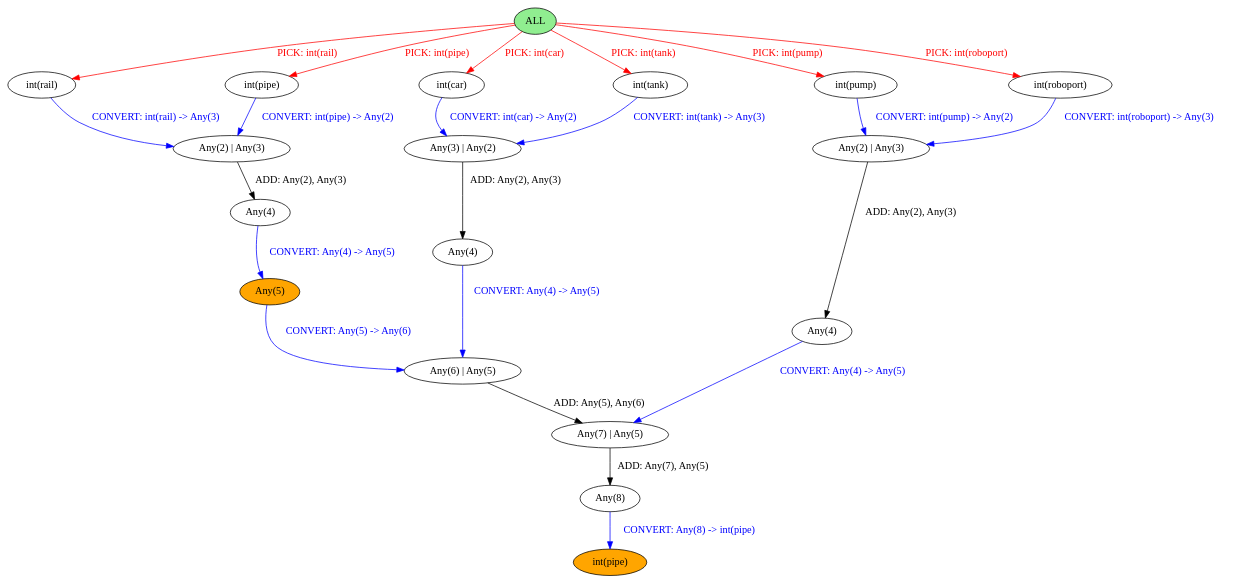
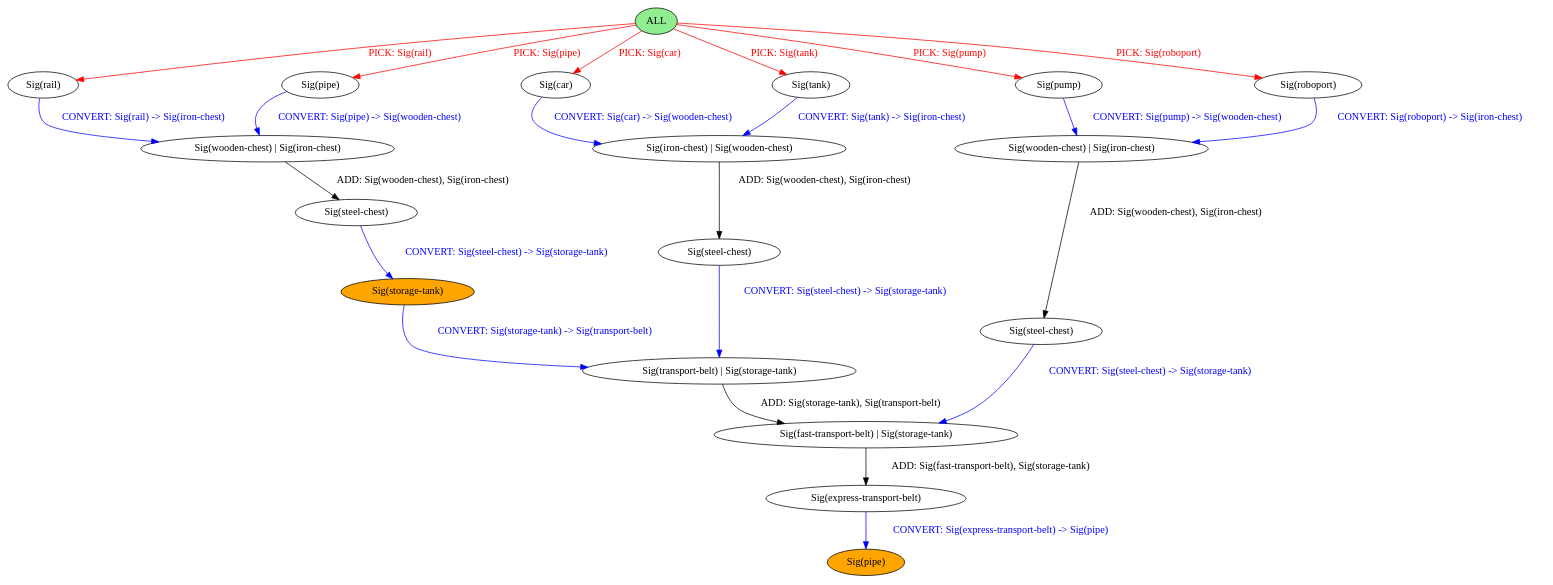
Before and after one commit to BalderHolst/chef: the diagram in chef/example_outputs/multipule_block_copies.dot, drawn with Graphviz. The commit also changed other lines of this file and 15 other files, not shown here.

```diff
--- a/chef/example_outputs/multipule_block_copies.dot
+++ b/chef/example_outputs/multipule_block_copies.dot
@@ -1,43 +1,43 @@
 strict digraph {
 	nodesep=1
-	4	[style=filled fillcolor=white label="Any(3) | Any(2)"]
-	6	[style=filled fillcolor=white label="int(tank)"]
-	33	[style=filled fillcolor=orange label="int(pipe)"]
+	4	[style=filled fillcolor=white label="Sig(iron-chest) | Sig(wooden-chest)"]
+	6	[style=filled fillcolor=white label="Sig(tank)"]
+	33	[style=filled fillcolor=orange label="Sig(pipe)"]
 	0	[style=filled fillcolor=lightgreen label="ALL"]
-	12	[style=filled fillcolor=white label="Any(4)"]
-	14	[style=filled fillcolor=orange label="Any(5)"]
-	20	[style=filled fillcolor=white label="Any(6) | Any(5)"]
-	16	[style=filled fillcolor=white label="int(pipe)"]
-	28	[style=filled fillcolor=white label="int(pump)"]
-	24	[style=filled fillcolor=white label="Any(4)"]
-	7	[style=filled fillcolor=white label="int(car)"]
-	32	[style=filled fillcolor=white label="Any(8)"]
-	3	[style=filled fillcolor=white label="Any(4)"]
-	13	[style=filled fillcolor=white label="Any(2) | Any(3)"]
-	15	[style=filled fillcolor=white label="int(rail)"]
-	31	[style=filled fillcolor=white label="Any(7) | Any(5)"]
-	25	[style=filled fillcolor=white label="Any(2) | Any(3)"]
-	27	[style=filled fillcolor=white label="int(roboport)"]
-	4 -> 3	[label="ADD: Any(2), Any(3)" color=black fontcolor=black]
-	6 -> 4	[label="CONVERT: int(tank) -> Any(3)" color=blue fontcolor=blue]
-	0 -> 6	[label="PICK: int(tank)" color=red fontcolor=red]
-	0 -> 7	[label="PICK: int(car)" color=red fontcolor=red]
-	0 -> 15	[label="PICK: int(rail)" color=red fontcolor=red]
-	0 -> 16	[label="PICK: int(pipe)" color=red fontcolor=red]
-	0 -> 27	[label="PICK: int(roboport)" color=red fontcolor=red]
-	0 -> 28	[label="PICK: int(pump)" color=red fontcolor=red]
-	12 -> 14	[label="CONVERT: Any(4) -> Any(5)" color=blue fontcolor=blue]
-	14 -> 20	[label="CONVERT: Any(5) -> Any(6)" color=blue fontcolor=blue]
-	20 -> 31	[label="ADD: Any(5), Any(6)" color=black fontcolor=black]
-	16 -> 13	[label="CONVERT: int(pipe) -> Any(2)" color=blue fontcolor=blue]
-	28 -> 25	[label="CONVERT: int(pump) -> Any(2)" color=blue fontcolor=blue]
-	24 -> 31	[label="CONVERT: Any(4) -> Any(5)" color=blue fontcolor=blue]
-	7 -> 4	[label="CONVERT: int(car) -> Any(2)" color=blue fontcolor=blue]
-	32 -> 33	[label="CONVERT: Any(8) -> int(pipe)" color=blue fontcolor=blue]
-	3 -> 20	[label="CONVERT: Any(4) -> Any(5)" color=blue fontcolor=blue]
-	13 -> 12	[label="ADD: Any(2), Any(3)" color=black fontcolor=black]
-	15 -> 13	[label="CONVERT: int(rail) -> Any(3)" color=blue fontcolor=blue]
-	31 -> 32	[label="ADD: Any(7), Any(5)" color=black fontcolor=black]
-	25 -> 24	[label="ADD: Any(2), Any(3)" color=black fontcolor=black]
-	27 -> 25	[label="CONVERT: int(roboport) -> Any(3)" color=blue fontcolor=blue]
+	12	[style=filled fillcolor=white label="Sig(steel-chest)"]
+	14	[style=filled fillcolor=orange label="Sig(storage-tank)"]
+	20	[style=filled fillcolor=white label="Sig(transport-belt) | Sig(storage-tank)"]
+	16	[style=filled fillcolor=white label="Sig(pipe)"]
+	28	[style=filled fillcolor=white label="Sig(pump)"]
+	24	[style=filled fillcolor=white label="Sig(steel-chest)"]
+	7	[style=filled fillcolor=white label="Sig(car)"]
+	32	[style=filled fillcolor=white label="Sig(express-transport-belt)"]
+	3	[style=filled fillcolor=white label="Sig(steel-chest)"]
+	13	[style=filled fillcolor=white label="Sig(wooden-chest) | Sig(iron-chest)"]
+	15	[style=filled fillcolor=white label="Sig(rail)"]
+	31	[style=filled fillcolor=white label="Sig(fast-transport-belt) | Sig(storage-tank)"]
+	25	[style=filled fillcolor=white label="Sig(wooden-chest) | Sig(iron-chest)"]
+	27	[style=filled fillcolor=white label="Sig(roboport)"]
+	4 -> 3	[label="ADD: Sig(wooden-chest), Sig(iron-chest)" color=black fontcolor=black]
+	6 -> 4	[label="CONVERT: Sig(tank) -> Sig(iron-chest)" color=blue fontcolor=blue]
+	0 -> 6	[label="PICK: Sig(tank)" color=red fontcolor=red]
+	0 -> 7	[label="PICK: Sig(car)" color=red fontcolor=red]
+	0 -> 15	[label="PICK: Sig(rail)" color=red fontcolor=red]
+	0 -> 16	[label="PICK: Sig(pipe)" color=red fontcolor=red]
+	0 -> 27	[label="PICK: Sig(roboport)" color=red fontcolor=red]
+	0 -> 28	[label="PICK: Sig(pump)" color=red fontcolor=red]
+	12 -> 14	[label="CONVERT: Sig(steel-chest) -> Sig(storage-tank)" color=blue fontcolor=blue]
+	14 -> 20	[label="CONVERT: Sig(storage-tank) -> Sig(transport-belt)" color=blue fontcolor=blue]
+	20 -> 31	[label="ADD: Sig(storage-tank), Sig(transport-belt)" color=black fontcolor=black]
+	16 -> 13	[label="CONVERT: Sig(pipe) -> Sig(wooden-chest)" color=blue fontcolor=blue]
+	28 -> 25	[label="CONVERT: Sig(pump) -> Sig(wooden-chest)" color=blue fontcolor=blue]
+	24 -> 31	[label="CONVERT: Sig(steel-chest) -> Sig(storage-tank)" color=blue fontcolor=blue]
+	7 -> 4	[label="CONVERT: Sig(car) -> Sig(wooden-chest)" color=blue fontcolor=blue]
+	32 -> 33	[label="CONVERT: Sig(express-transport-belt) -> Sig(pipe)" color=blue fontcolor=blue]
+	3 -> 20	[label="CONVERT: Sig(steel-chest) -> Sig(storage-tank)" color=blue fontcolor=blue]
+	13 -> 12	[label="ADD: Sig(wooden-chest), Sig(iron-chest)" color=black fontcolor=black]
+	15 -> 13	[label="CONVERT: Sig(rail) -> Sig(iron-chest)" color=blue fontcolor=blue]
+	31 -> 32	[label="ADD: Sig(fast-transport-belt), Sig(storage-tank)" color=black fontcolor=black]
+	25 -> 24	[label="ADD: Sig(wooden-chest), Sig(iron-chest)" color=black fontcolor=black]
+	27 -> 25	[label="CONVERT: Sig(roboport) -> Sig(iron-chest)" color=blue fontcolor=blue]
 }
```
